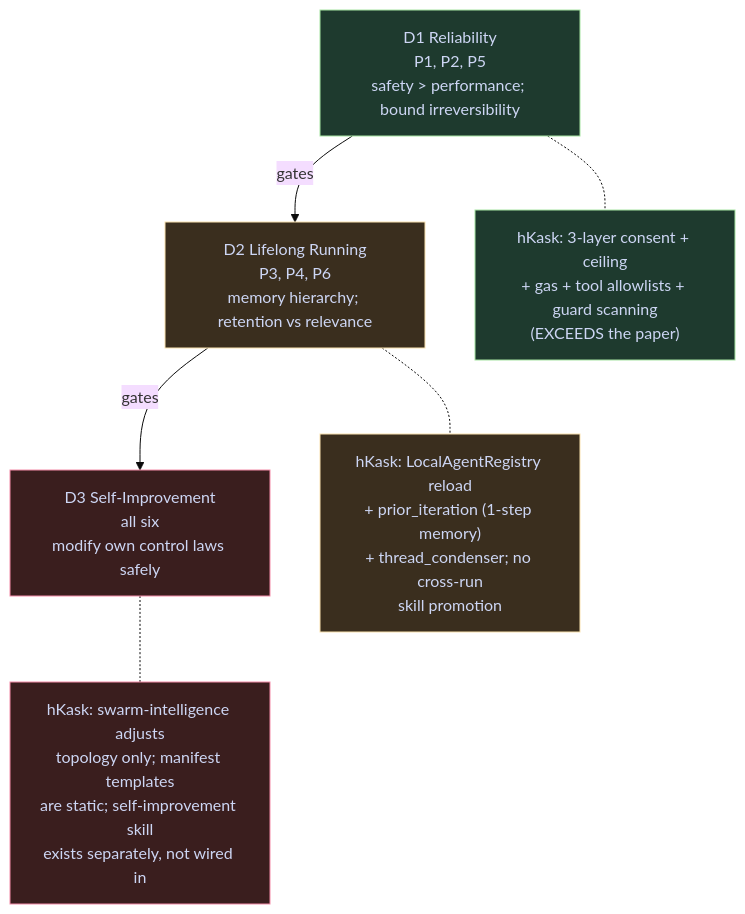
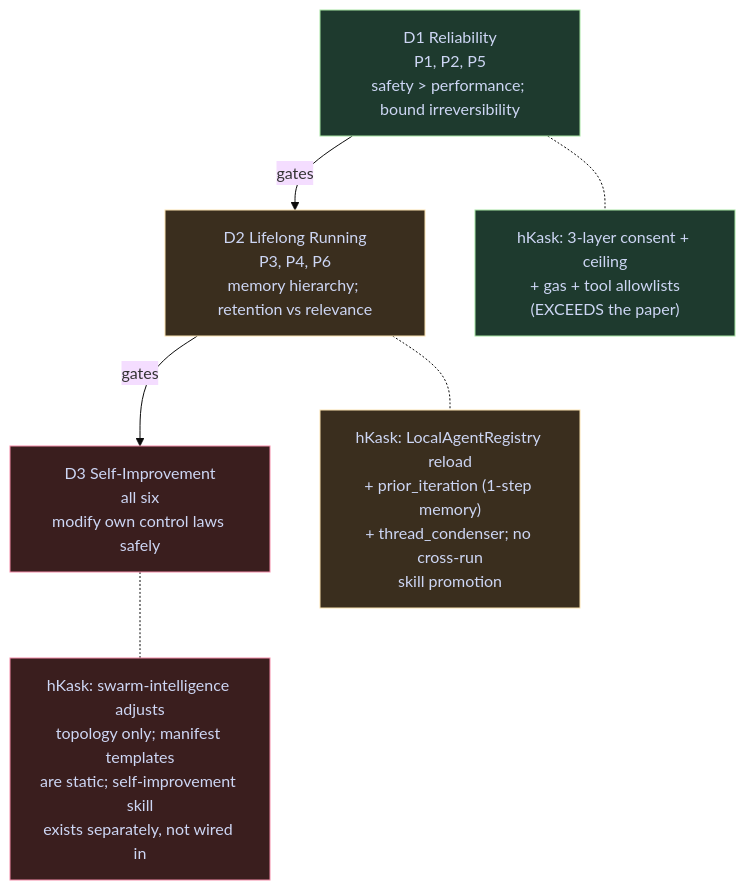
The first of 3 diagrams in kask/docs/plans/cybernetic-swarm-plan.md (mdz-axo/zed-kask), drawn with Mermaid (base theme) before and after one commit. The commit also changed other lines of this file and 39 other files, not shown here.

````diff
--- a/kask/docs/plans/cybernetic-swarm-plan.md
+++ b/kask/docs/plans/cybernetic-swarm-plan.md
@@ -181,21 +185,21 @@
 ```mermaid
 flowchart TD
   classDef has fill:#1e3a2e,stroke:#a6e3a1,color:#cdd6f4
   classDef partial fill:#3a2e1e,stroke:#f9e2af,color:#cdd6f4
   classDef gap fill:#3a1e1e,stroke:#f38ba8,color:#cdd6f4
 
   D1["D1 Reliability<br/>P1, P2, P5<br/>safety > performance; bound irreversibility"]:::has
   D2["D2 Lifelong Running<br/>P3, P4, P6<br/>memory hierarchy; retention vs relevance"]:::partial
   D3["D3 Self-Improvement<br/>all six<br/>modify own control laws safely"]:::gap
 
   D1 -->|gates| D2
   D2 -->|gates| D3
 
-  D1H["hKask: 3-layer consent + ceiling<br/>+ gas + tool allowlists + guard scanning<br/>(EXCEEDS the paper)"]:::has
+  D1H["hKask: 3-layer consent + ceiling<br/>+ gas + tool allowlists<br/>(EXCEEDS the paper)"]:::has
   D2H["hKask: LocalAgentRegistry reload<br/>+ prior_iteration (1-step memory)<br/>+ thread_condenser; no cross-run<br/>skill promotion"]:::partial
   D3H["hKask: swarm-intelligence adjusts<br/>topology only; manifest templates<br/>are static; self-improvement skill<br/>exists separately, not wired in"]:::gap
 
   D1 -.- D1H
   D2 -.- D2H
   D3 -.- D3H
 ```
````
